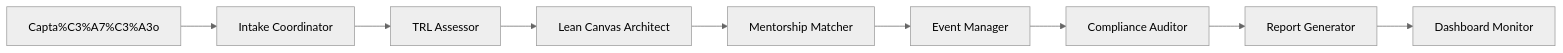
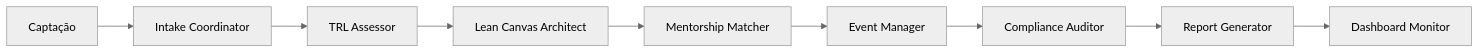
Before and after one commit to marciobisognin/Squads-Genius: the first of 3 diagrams in squads/integra-incubadora-ops-squad/PRD.md, drawn with Mermaid (neutral theme). The commit also changed other lines of this file and 5 other files, not shown here.

````diff
--- a/squads/integra-incubadora-ops-squad/PRD.md
+++ b/squads/integra-incubadora-ops-squad/PRD.md
@@ -34,11 +34,11 @@
 ```mermaid
 flowchart LR
-    A[Capta%C3%A7%C3%A3o] --> B[Intake Coordinator]
+    A[Captação] --> B[Intake Coordinator]
     B --> C[TRL Assessor]
     C --> D[Lean Canvas Architect]
     D --> E[Mentorship Matcher]
     E --> F[Event Manager]
     F --> G[Compliance Auditor]
     G --> H[Report Generator]
     H --> I[Dashboard Monitor]
 ```
````
